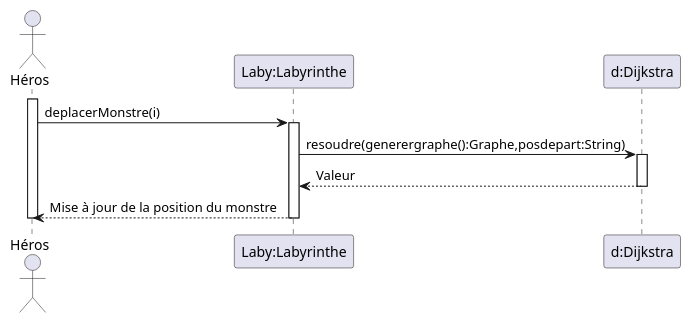
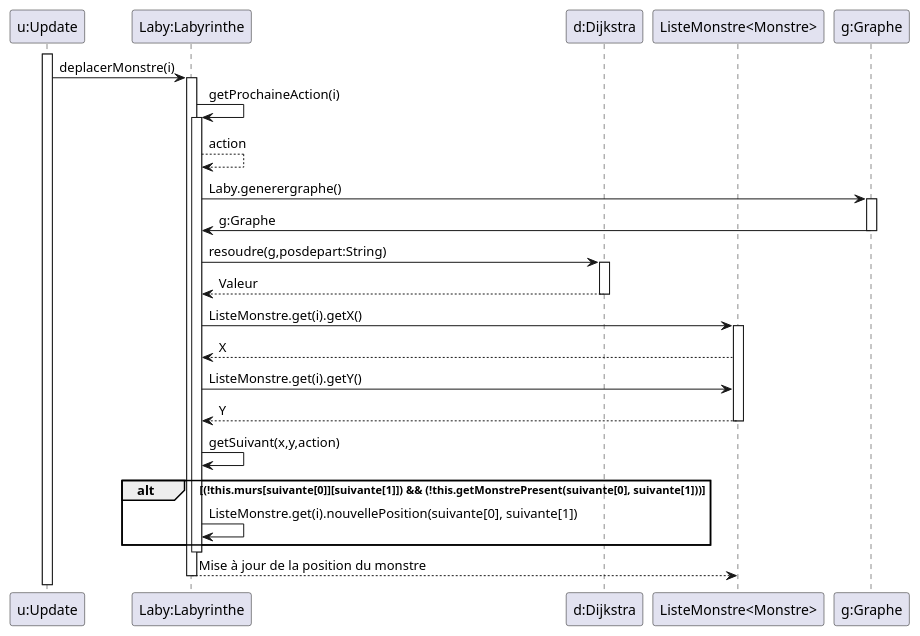
Before and after one commit to Dracosxs/2022_Zeldiablo_MOUGIN_DEFOLIE_KETZINGER_KOLER: the diagram in documents/version_1/AttractionDesMonstresParLeHero.puml, drawn with PlantUML. The commit also changed 1 other file, not shown here.

Commit message:
Modification du diagramme de sequence sur l'attraction des monstres par le hero

```diff
--- a/documents/version_1/AttractionDesMonstresParLeHero.puml
+++ b/documents/version_1/AttractionDesMonstresParLeHero.puml
@@ -1,19 +1,40 @@
 @startuml
 
-actor Héros
+participant "u:Update" as U
 participant "Laby:Labyrinthe" as Lab
 participant "d:Dijkstra" as Dijkstra
+participant "ListeMonstre<Monstre>" as M
+participant "g:Graphe" as G
 
-activate Héros
-Héros -> Lab: deplacerMonstre(i)
+activate U
+U->Lab:deplacerMonstre(i)
 activate Lab
-Lab -> Dijkstra: resoudre(generergraphe():Graphe,posdepart:String)
+Lab -> Lab : getProchaineAction(i)
+activate Lab
+Lab --> Lab : action
+Lab ->G:Laby.generergraphe()
+activate G
+Lab <- G:g:Graphe
+deactivate G
+Lab -> Dijkstra: resoudre(g,posdepart:String)
 activate Dijkstra
 Dijkstra --> Lab: Valeur
 deactivate Dijkstra
-Lab --> Héros: Mise à jour de la position du monstre
+Lab -> M:ListeMonstre.get(i).getX()
+activate M
+Lab <-- M:X
+Lab -> M:ListeMonstre.get(i).getY()
+Lab <-- M:Y
+deactivate M
+Lab -> Lab:getSuivant(x,y,action)
+alt (!this.murs[suivante[0]][suivante[1]]) && (!this.getMonstrePresent(suivante[0], suivante[1]))
+Lab -> Lab:ListeMonstre.get(i).nouvellePosition(suivante[0], suivante[1])
+end
+deactivate Lab
+
+Lab --> M: Mise à jour de la position du monstre
 
 deactivate Lab
-deactivate Héros
+
 
  @enduml
```
